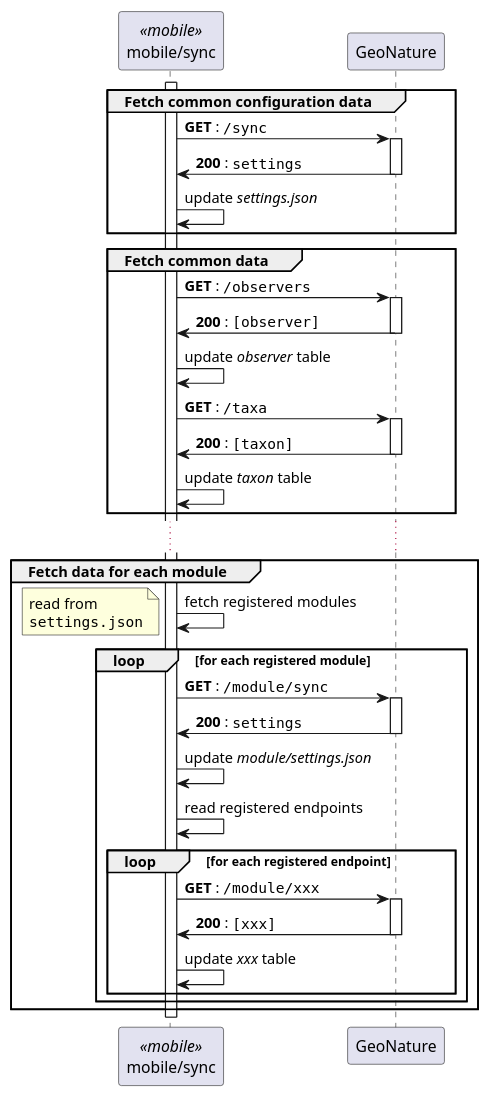
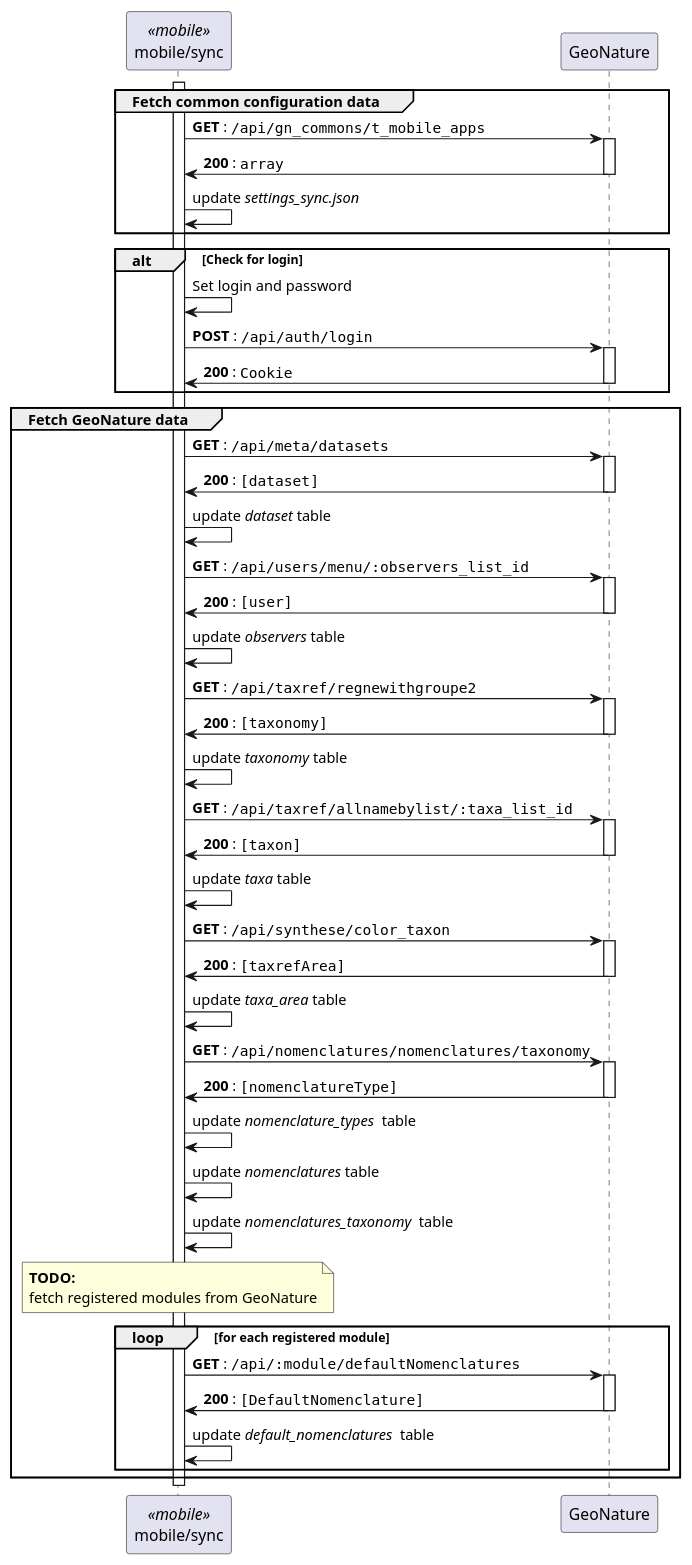
One commit to PnX-SI/gn_mobile_core changed the second of 3 diagrams in docs/sync.adoc. Above: the diagram before and after it, drawn with PlantUML. The commit also changed other lines of this file and 1 other file, not shown here.

Commit message:
docs: synchronization workflow, app settings

```diff
--- a/docs/sync.adoc
+++ b/docs/sync.adoc
@@ -5,47 +29,54 @@
 [plantuml, images/sync_data, svg]
 ....
 participant "mobile/sync" as sync << mobile >>
 participant "GeoNature" as gn
 
 activate sync
 
 group Fetch common configuration data
-  sync -> gn ++ : **GET** : ""/sync""
-  gn -> sync -- : **200** : ""settings""
-  sync -> sync : update //settings.json//
+  sync -> gn ++ : **GET** : ""/api/gn_commons/t_mobile_apps""
+  gn -> sync -- : **200** : ""array""
+  sync -> sync : update //settings_sync.json//
 end
 
-group Fetch common data
-  sync -> gn ++ : **GET** : ""/observers""
-  gn -> sync -- : **200** : ""[observer]""
-  sync -> sync : update //observer// table
-  sync -> gn ++ : **GET** : ""/taxa""
-  gn -> sync -- : **200** : ""[taxon]""
-  sync -> sync : update //taxon// table
+alt Check for login
+  sync -> sync : Set login and password
+  sync -> gn ++ : **POST** : ""/api/auth/login""
+  gn -> sync -- : **200** : ""Cookie""
 end
 
-...
+group Fetch GeoNature data
+  sync -> gn ++ : **GET** : ""/api/meta/datasets""
+  gn -> sync -- : **200** : ""[dataset]""
+  sync -> sync : update //dataset// table
+  sync -> gn ++ : **GET** : ""/api/users/menu/:observers_list_id""
+  gn -> sync -- : **200** : ""[user]""
+  sync -> sync : update //observers// table
+  sync -> gn ++ : **GET** : ""/api/taxref/regnewithgroupe2""
+  gn -> sync -- : **200** : ""[taxonomy]""
+  sync -> sync : update //taxonomy// table
+  sync -> gn ++ : **GET** : ""/api/taxref/allnamebylist/:taxa_list_id""
+  gn -> sync -- : **200** : ""[taxon]""
+  sync -> sync : update //taxa// table
+  sync -> gn ++ : **GET** : ""/api/synthese/color_taxon""
+  gn -> sync -- : **200** : ""[taxrefArea]""
+  sync -> sync : update //taxa_area// table
+  sync -> gn ++ : **GET** : ""/api/nomenclatures/nomenclatures/taxonomy""
+  gn -> sync -- : **200** : ""[nomenclatureType]""
+  sync -> sync : update //nomenclature_types//  table
+  sync -> sync : update //nomenclatures// table
+  sync -> sync : update //nomenclatures_taxonomy//  table
 
-group Fetch data for each module
-
-  sync -> sync: fetch registered modules
-  note left : read from\n""settings.json""
+  note over sync : **TODO:**\nfetch registered modules from GeoNature
 
   loop for each registered module
-    sync -> gn ++ : **GET** : ""/module/sync""
-    gn -> sync -- : **200** : ""settings""
-    sync -> sync : update //module/settings.json//
-    sync -> sync : read registered endpoints
-
-    loop for each registered endpoint
-      sync -> gn ++ : **GET** : ""/module/xxx""
-      gn -> sync -- : **200** : ""[xxx]""
-      sync -> sync : update //xxx// table
-    end
-
+    sync -> gn ++ : **GET** : ""/api/:module/defaultNomenclatures""
+    gn -> sync -- : **200** : ""[DefaultNomenclature]""
+    sync -> sync : update //default_nomenclatures//  table
   end
 
 end
 
 deactivate sync
+
 ....
```
